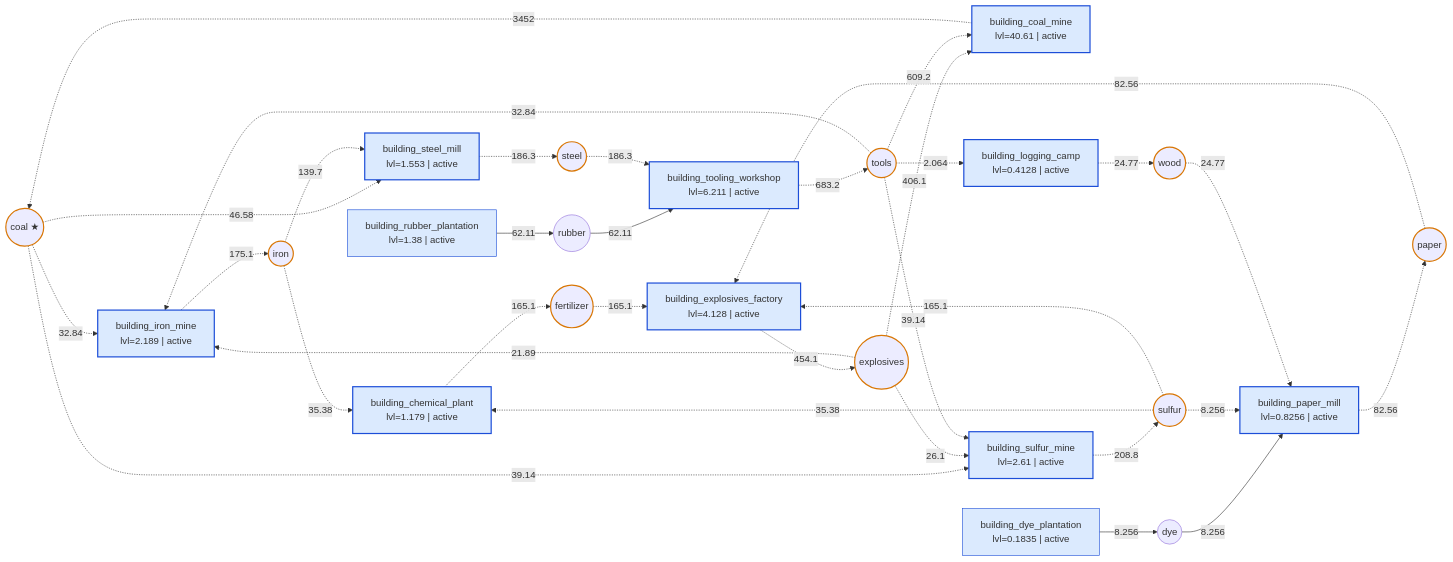
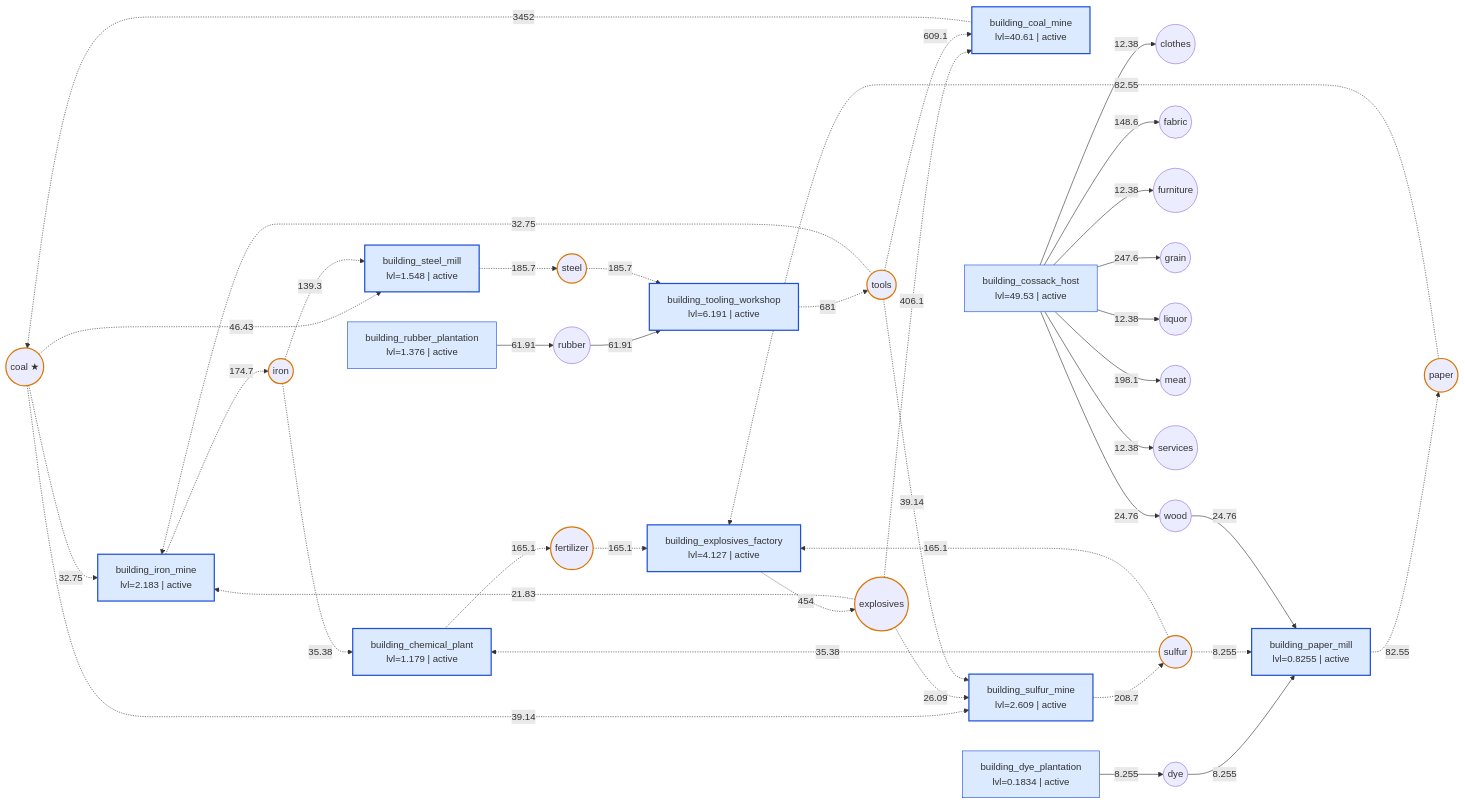
The diagram in analyses/supply_chains/era_3_construction/coal/supply_chain_realised.mmd (ShabbyGayBar/victoria3-analysis-artifacts), drawn with Mermaid before and after one commit. The commit also changed 2452 other files, not shown here.

```diff
--- a/analyses/supply_chains/era_3_construction/coal/supply_chain_realised.mmd
+++ b/analyses/supply_chains/era_3_construction/coal/supply_chain_realised.mmd
@@ -1,61 +1,74 @@
 flowchart LR
-    n0(("coal ★"))
-    n1(("dye"))
-    n2(("explosives"))
-    n3(("fertilizer"))
-    n4(("iron"))
-    n5(("paper"))
-    n6(("rubber"))
-    n7(("steel"))
-    n8(("sulfur"))
-    n9(("tools"))
-    n10(("wood"))
-    n11["building_chemical_plant<br/>lvl=1.179 | active"]
-    n12["building_coal_mine<br/>lvl=40.61 | active"]
-    n13["building_dye_plantation<br/>lvl=0.1835 | active"]
-    n14["building_explosives_factory<br/>lvl=4.128 | active"]
-    n15["building_iron_mine<br/>lvl=2.189 | active"]
-    n16["building_logging_camp<br/>lvl=0.4128 | active"]
-    n17["building_paper_mill<br/>lvl=0.8256 | active"]
-    n18["building_rubber_plantation<br/>lvl=1.38 | active"]
-    n19["building_steel_mill<br/>lvl=1.553 | active"]
-    n20["building_sulfur_mine<br/>lvl=2.61 | active"]
-    n21["building_tooling_workshop<br/>lvl=6.211 | active"]
-    n0 -.->|"32.84"| n15
-    n0 -.->|"46.58"| n19
-    n0 -.->|"39.14"| n20
-    n1 -->|"8.256"| n17
-    n2 -.->|"406.1"| n12
-    n2 -.->|"21.89"| n15
-    n2 -.->|"26.1"| n20
-    n3 -.->|"165.1"| n14
-    n4 -.->|"35.38"| n11
-    n4 -.->|"139.7"| n19
-    n5 -.->|"82.56"| n14
-    n6 -->|"62.11"| n21
-    n7 -.->|"186.3"| n21
-    n8 -.->|"35.38"| n11
-    n8 -.->|"165.1"| n14
-    n8 -.->|"8.256"| n17
-    n9 -.->|"609.2"| n12
-    n9 -.->|"32.84"| n15
-    n9 -.->|"2.064"| n16
-    n9 -.->|"39.14"| n20
-    n10 -.->|"24.77"| n17
-    n11 -.->|"165.1"| n3
-    n12 -.->|"3452"| n0
-    n13 -->|"8.256"| n1
-    n14 -.->|"454.1"| n2
-    n15 -.->|"175.1"| n4
-    n16 -.->|"24.77"| n10
-    n17 -.->|"82.56"| n5
-    n18 -->|"62.11"| n6
-    n19 -.->|"186.3"| n7
-    n20 -.->|"208.8"| n8
-    n21 -.->|"683.2"| n9
-    class n0,n2,n3,n4,n5,n7,n8,n9,n10,n11,n12,n14,n15,n16,n17,n19,n20,n21 cyclic
-    class n12,n15,n16,n18,n20 resource
-    class n11,n12,n13,n14,n15,n16,n17,n18,n19,n20,n21 active
+    n0(("clothes"))
+    n1(("coal ★"))
+    n2(("dye"))
+    n3(("explosives"))
+    n4(("fabric"))
+    n5(("fertilizer"))
+    n6(("furniture"))
+    n7(("grain"))
+    n8(("iron"))
+    n9(("liquor"))
+    n10(("meat"))
+    n11(("paper"))
+    n12(("rubber"))
+    n13(("services"))
+    n14(("steel"))
+    n15(("sulfur"))
+    n16(("tools"))
+    n17(("wood"))
+    n18["building_chemical_plant<br/>lvl=1.179 | active"]
+    n19["building_coal_mine<br/>lvl=40.61 | active"]
+    n20["building_cossack_host<br/>lvl=49.53 | active"]
+    n21["building_dye_plantation<br/>lvl=0.1834 | active"]
+    n22["building_explosives_factory<br/>lvl=4.127 | active"]
+    n23["building_iron_mine<br/>lvl=2.183 | active"]
+    n24["building_paper_mill<br/>lvl=0.8255 | active"]
+    n25["building_rubber_plantation<br/>lvl=1.376 | active"]
+    n26["building_steel_mill<br/>lvl=1.548 | active"]
+    n27["building_sulfur_mine<br/>lvl=2.609 | active"]
+    n28["building_tooling_workshop<br/>lvl=6.191 | active"]
+    n1 -.->|"32.75"| n23
+    n1 -.->|"46.43"| n26
+    n1 -.->|"39.14"| n27
+    n2 -->|"8.255"| n24
+    n3 -.->|"406.1"| n19
+    n3 -.->|"21.83"| n23
+    n3 -.->|"26.09"| n27
+    n5 -.->|"165.1"| n22
+    n8 -.->|"35.38"| n18
+    n8 -.->|"139.3"| n26
+    n11 -.->|"82.55"| n22
+    n12 -->|"61.91"| n28
+    n14 -.->|"185.7"| n28
+    n15 -.->|"35.38"| n18
+    n15 -.->|"165.1"| n22
+    n15 -.->|"8.255"| n24
+    n16 -.->|"609.1"| n19
+    n16 -.->|"32.75"| n23
+    n16 -.->|"39.14"| n27
+    n17 -->|"24.76"| n24
+    n18 -.->|"165.1"| n5
+    n19 -.->|"3452"| n1
+    n20 -->|"12.38"| n0
+    n20 -->|"148.6"| n4
+    n20 -->|"12.38"| n6
+    n20 -->|"247.6"| n7
+    n20 -->|"12.38"| n9
+    n20 -->|"198.1"| n10
+    n20 -->|"12.38"| n13
+    n20 -->|"24.76"| n17
+    n21 -->|"8.255"| n2
+    n22 -.->|"454"| n3
+    n23 -.->|"174.7"| n8
+    n24 -.->|"82.55"| n11
+    n25 -->|"61.91"| n12
+    n26 -.->|"185.7"| n14
+    n27 -.->|"208.7"| n15
+    n28 -.->|"681"| n16
+    class n1,n3,n5,n8,n11,n14,n15,n16,n18,n19,n22,n23,n24,n26,n27,n28 cyclic
+    class n19,n23,n25,n27 resource
+    class n18,n19,n20,n21,n22,n23,n24,n25,n26,n27,n28 active
     classDef cyclic stroke:#d97706,stroke-width:2px
     classDef resource fill:#dcfce7,stroke:#15803d
     classDef active fill:#dbeafe,stroke:#1d4ed8
```
